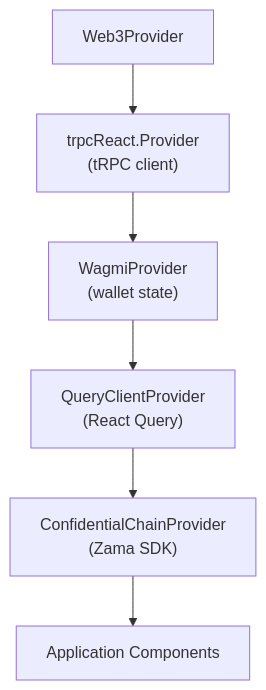
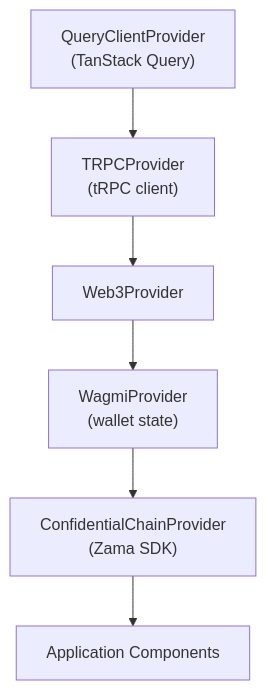
One commit to gustavovalverde/zentity changed the sixth of 9 diagrams in docs/(architecture)/web3-architecture.md. Above: the diagram before and after it, drawn with Mermaid. The commit also changed other lines of this file and 19 other files, not shown here.

First line of the commit message:
refactor(web): move React tRPC calls to @trpc/tanstack-react-query (#262)

````diff
--- a/docs/(architecture)/web3-architecture.md
+++ b/docs/(architecture)/web3-architecture.md
@@ -312,8 +312,8 @@
 ```mermaid
 graph TD
-  A["Web3Provider"] --> B["trpcReact.Provider\n(tRPC client)"]
-  B --> C["WagmiProvider\n(wallet state)"]
-  C --> D["QueryClientProvider\n(React Query)"]
+  A["QueryClientProvider\n(TanStack Query)"] --> B["TRPCProvider\n(tRPC client)"]
+  B --> C["Web3Provider"]
+  C --> D["WagmiProvider\n(wallet state)"]
   D --> E["ConfidentialChainProvider\n(Zama SDK)"]
   E --> F["Application Components"]
 ```
````
